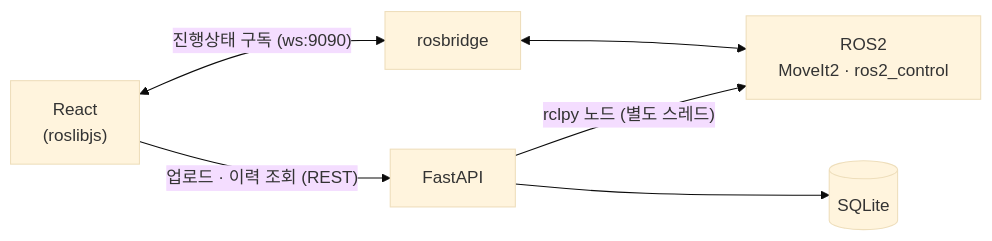
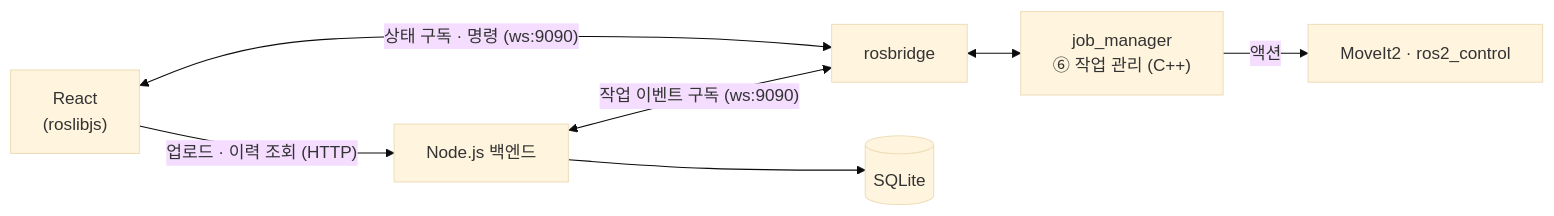
One commit to MarkCheon25/Nyang_Nyang_Atlier changed the fourth of 4 diagrams in docs/System Architecture.md. Above: the diagram before and after it, drawn with Mermaid (base theme). The commit also changed other lines of this file and 27 other files, not shown here.

````diff
--- a/docs/System Architecture.md
+++ b/docs/System Architecture.md
@@ -212,8 +212,9 @@
 ```mermaid
 flowchart LR
-    R["React<br/>(roslibjs)"] -->|"업로드 · 이력 조회 (REST)"| F["FastAPI"]
-    R <-->|"진행상태 구독 (ws:9090)"| RB["rosbridge"]
-    F -->|"rclpy 노드 (별도 스레드)"| ROS["ROS2<br/>MoveIt2 · ros2_control"]
-    RB <--> ROS
-    F --> DB[("SQLite")]
+    R["React<br/>(roslibjs)"] -->|"업로드 · 이력 조회 (HTTP)"| N["Node.js 백엔드"]
+    R <-->|"상태 구독 · 명령 (ws:9090)"| RB["rosbridge"]
+    N <-->|"작업 이벤트 구독 (ws:9090)"| RB
+    RB <--> JM["job_manager<br/>⑥ 작업 관리 (C++)"]
+    JM -->|"액션"| ROS["MoveIt2 · ros2_control"]
+    N --> DB[("SQLite")]
 ```
````
